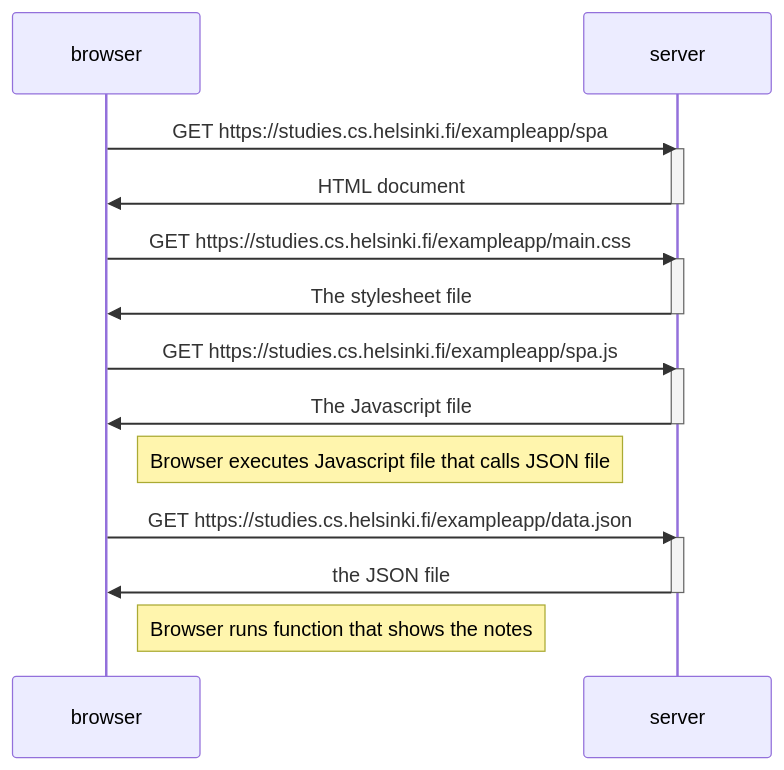
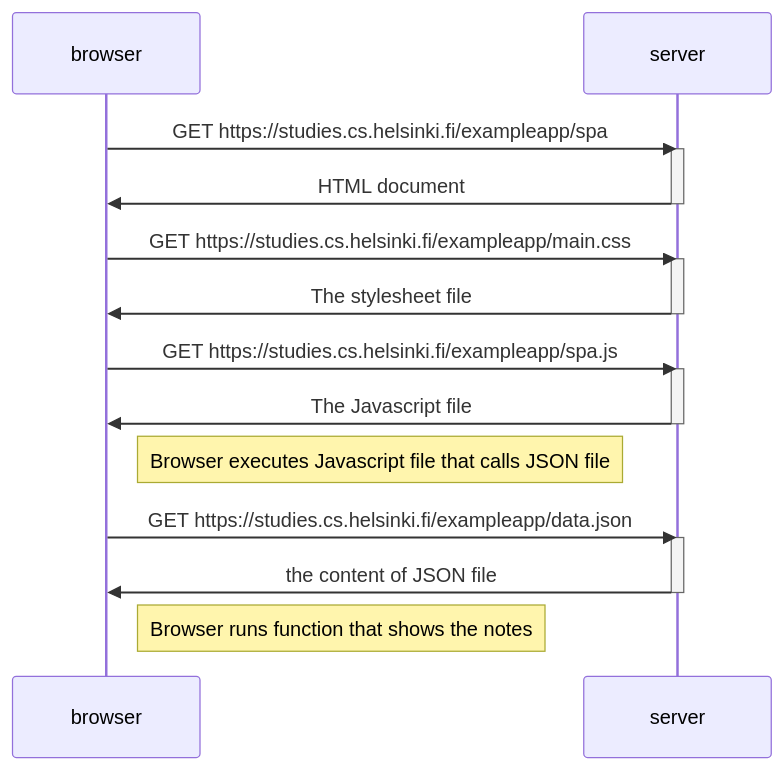
One commit to SamiKazan/FullStack-HY-palautusrepositio changed the diagram in osa0/0.5: Single Page App.md. Above: the diagram before and after it, drawn with Mermaid.

Commit message:
Update 0.5: Single Page App.md

````diff
--- a/osa0/0.5: Single Page App.md
+++ b/osa0/0.5: Single Page App.md
@@ -1,30 +1,30 @@
 ```mermaid
 sequenceDiagram
     participant browser
     participant server
 
     browser->>server: GET https://studies.cs.helsinki.fi/exampleapp/spa
     activate server
     server->>browser: HTML document
     deactivate server
 
     browser->>server: GET https://studies.cs.helsinki.fi/exampleapp/main.css
     activate server
     server->>browser: The stylesheet file
     deactivate server
 
     browser->>server: GET https://studies.cs.helsinki.fi/exampleapp/spa.js
     activate server
     server->>browser: The Javascript file
     deactivate server
 
     Note right of browser: Browser executes Javascript file that calls JSON file
 
     browser->>server: GET https://studies.cs.helsinki.fi/exampleapp/data.json
     activate server
-    server->>browser: the JSON file
+    server->>browser: the content of JSON file
     deactivate server
 
     Note right of browser: Browser runs function that shows the notes
     
 ```
````
